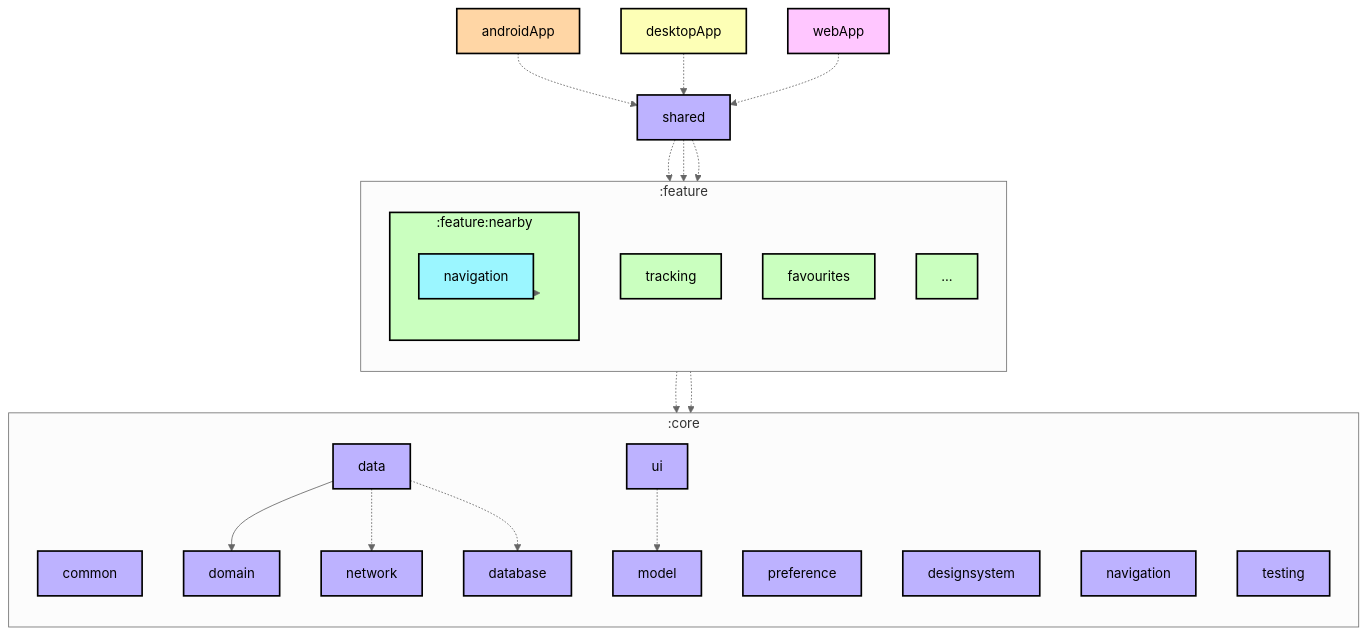
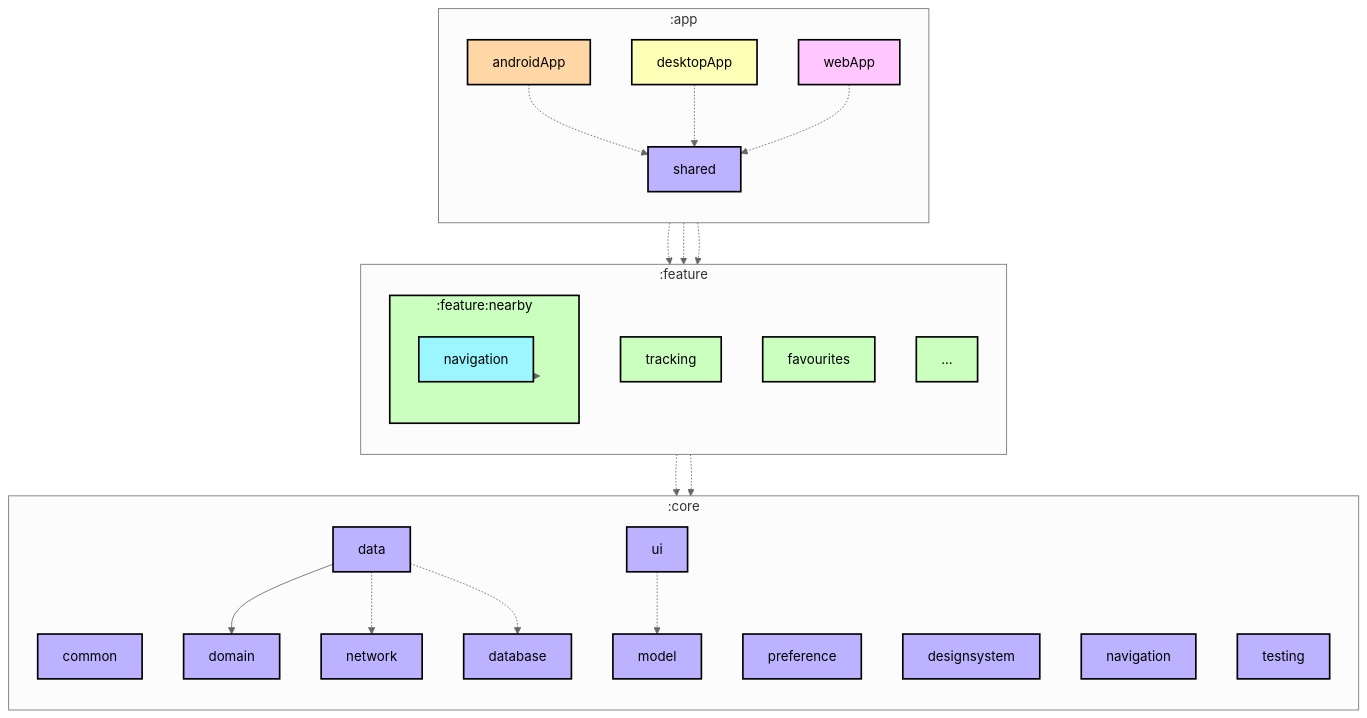
The first of 2 diagrams in docs/ModularizationLearningJourney.es.md (Adrc95/logrono-bus), drawn with Mermaid (neutral theme) before and after one commit. The commit also changed other lines of this file and 82 other files, not shown here.

````diff
--- a/docs/ModularizationLearningJourney.es.md
+++ b/docs/ModularizationLearningJourney.es.md
@@ -16,53 +16,56 @@
 ```mermaid
 graph TB
   subgraph :core
     direction TB
     :core:common[common]:::library
     :core:model[model]:::library
     :core:domain[domain]:::library
     :core:data[data]:::library
     :core:database[database]:::library
     :core:network[network]:::library
     :core:preference[preference]:::library
     :core:ui[ui]:::library
     :core:designsystem[designsystem]:::library
     :core:navigation[navigation]:::library
     :core:testing[testing]:::library
   end
   subgraph :feature
     direction TB
     :feature:nearby[nearby]:::feature
     :feature:tracking[tracking]:::feature
     :feature:favourites[favourites]:::feature
     :feature:foo[...]:::feature
     subgraph :feature:nearby
       direction TB
       :feature:nearby:navigation[navigation]:::navigation
     end
   end
-  :androidApp[androidApp]:::application
-  :desktopApp[desktopApp]:::jvm-library
-  :webApp[webApp]:::kmp-library
-  :shared[shared]:::library
+  subgraph :app
+    direction TB
+    :app:androidApp[androidApp]:::application
+    :app:desktopApp[desktopApp]:::jvm-library
+    :app:webApp[webApp]:::kmp-library
+    :app:shared[shared]:::library
+  end
 
-  :androidApp -.-> :shared
-  :desktopApp -.-> :shared
-  :webApp -.-> :shared
-  :shared -.-> :feature:nearby
-  :shared -.-> :feature:tracking
-  :shared -.-> :feature:favourites
+  :app:androidApp -.-> :app:shared
+  :app:desktopApp -.-> :app:shared
+  :app:webApp -.-> :app:shared
+  :app:shared -.-> :feature:nearby
+  :app:shared -.-> :feature:tracking
+  :app:shared -.-> :feature:favourites
   :feature:nearby --> :feature:nearby:navigation
   :feature:nearby -.-> :core:ui
   :feature:nearby -.-> :core:domain
   :core:data --> :core:domain
   :core:data -.-> :core:network
   :core:data -.-> :core:database
   :core:ui -.-> :core:model
 
 classDef application fill:#FFD6A5,stroke:#000,stroke-width:2px,color:#000;
 classDef feature fill:#CAFFBF,stroke:#000,stroke-width:2px,color:#000;
 classDef navigation fill:#9BF6FF,stroke:#000,stroke-width:2px,color:#000;
 classDef library fill:#BDB2FF,stroke:#000,stroke-width:2px,color:#000;
 classDef jvm-library fill:#FDFFB6,stroke:#000,stroke-width:2px,color:#000;
 classDef kmp-library fill:#FFC6FF,stroke:#000,stroke-width:2px,color:#000;
 ```
````
